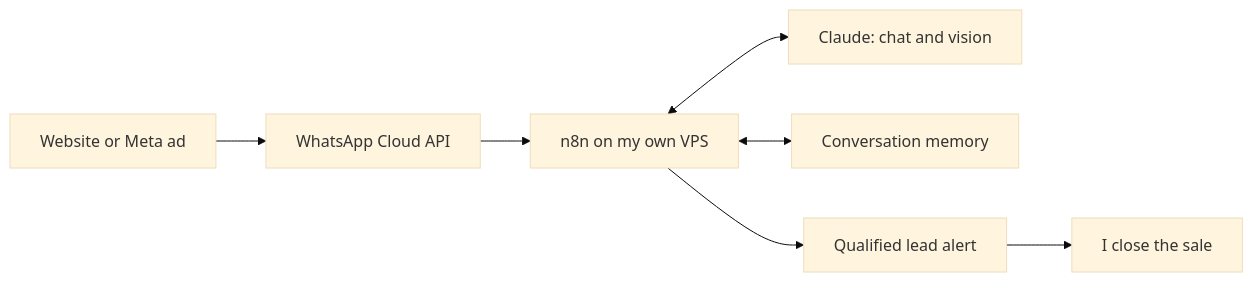
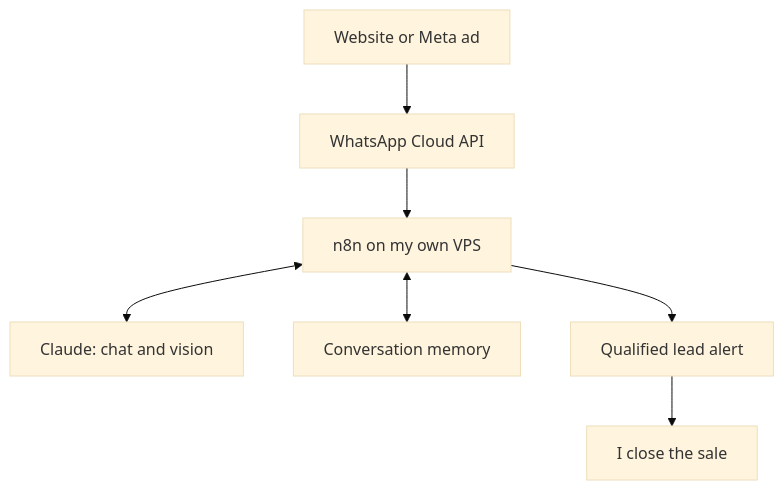
Before and after one commit to fanavar/fanavar: the diagram in README.md, drawn with Mermaid (base theme).

Commit message:
Use a vertical diagram so GitHub controls do not cover it

````diff
--- a/README.md
+++ b/README.md
@@ -17,9 +17,9 @@
 ```mermaid
-flowchart LR
+flowchart TD
   A[Website or Meta ad] --> B[WhatsApp Cloud API]
   B --> C[n8n on my own VPS]
   C <--> D[Claude: chat and vision]
   C <--> E[Conversation memory]
   C --> F[Qualified lead alert]
   F --> G[I close the sale]
 ```
````
